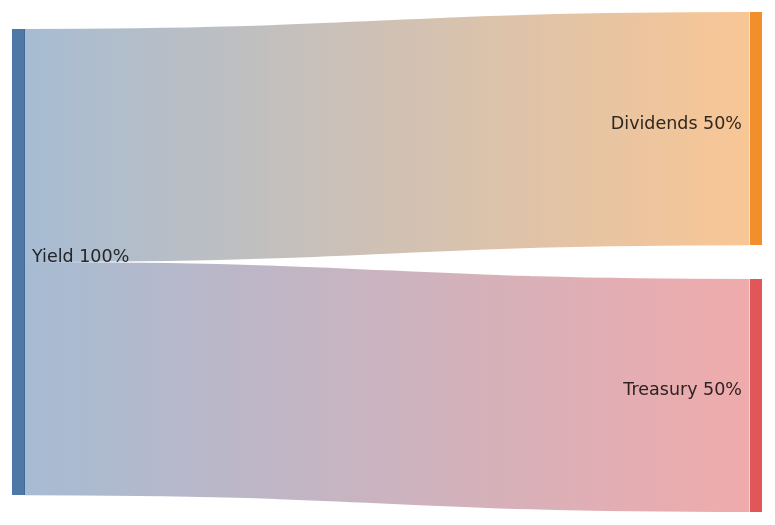
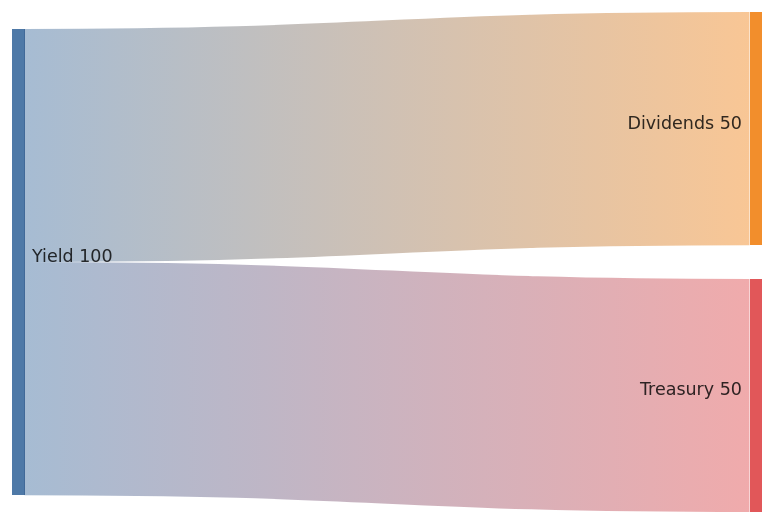
One commit to grindurus/grindurus-docs changed the second of 7 diagrams in protocol/grai/mechanics.md. Above: the diagram before and after it, drawn with Mermaid. The commit also changed other lines of this file, not shown here.

Commit message:
Refactor mechanics documentation for improved clarity and consistency in notation. Updated sequence diagrams to enhance readability and precision in asset handling, claiming processes, and voting mechanics. Adjusted mathematical expressions for better understanding of GRAI's financial operations.

````diff
--- a/protocol/grai/mechanics.md
+++ b/protocol/grai/mechanics.md
@@ -350,13 +350,6 @@
 ```mermaid
----
-config:
-  sankey:
-    showValues: true
-    linkColor: gradient
-    suffix: "%"
----
 sankey-beta
 
 Yield,Dividends,50
 Yield,Treasury,50
 ```
````
